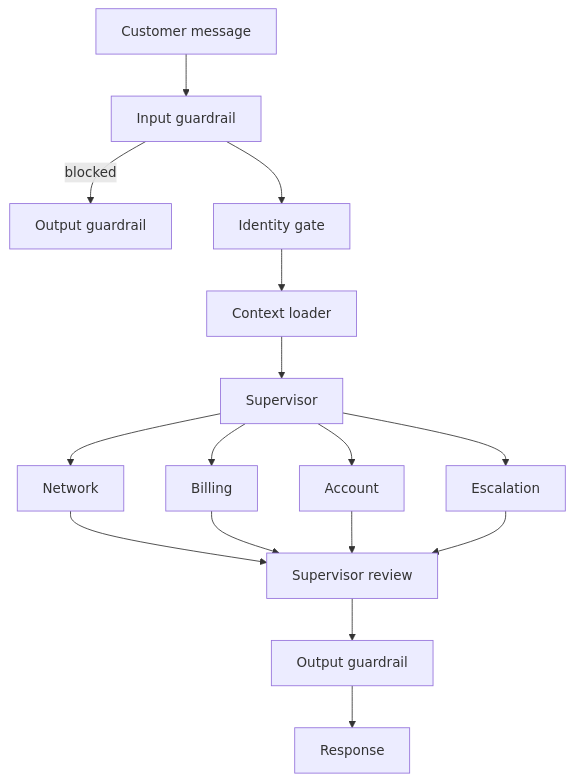
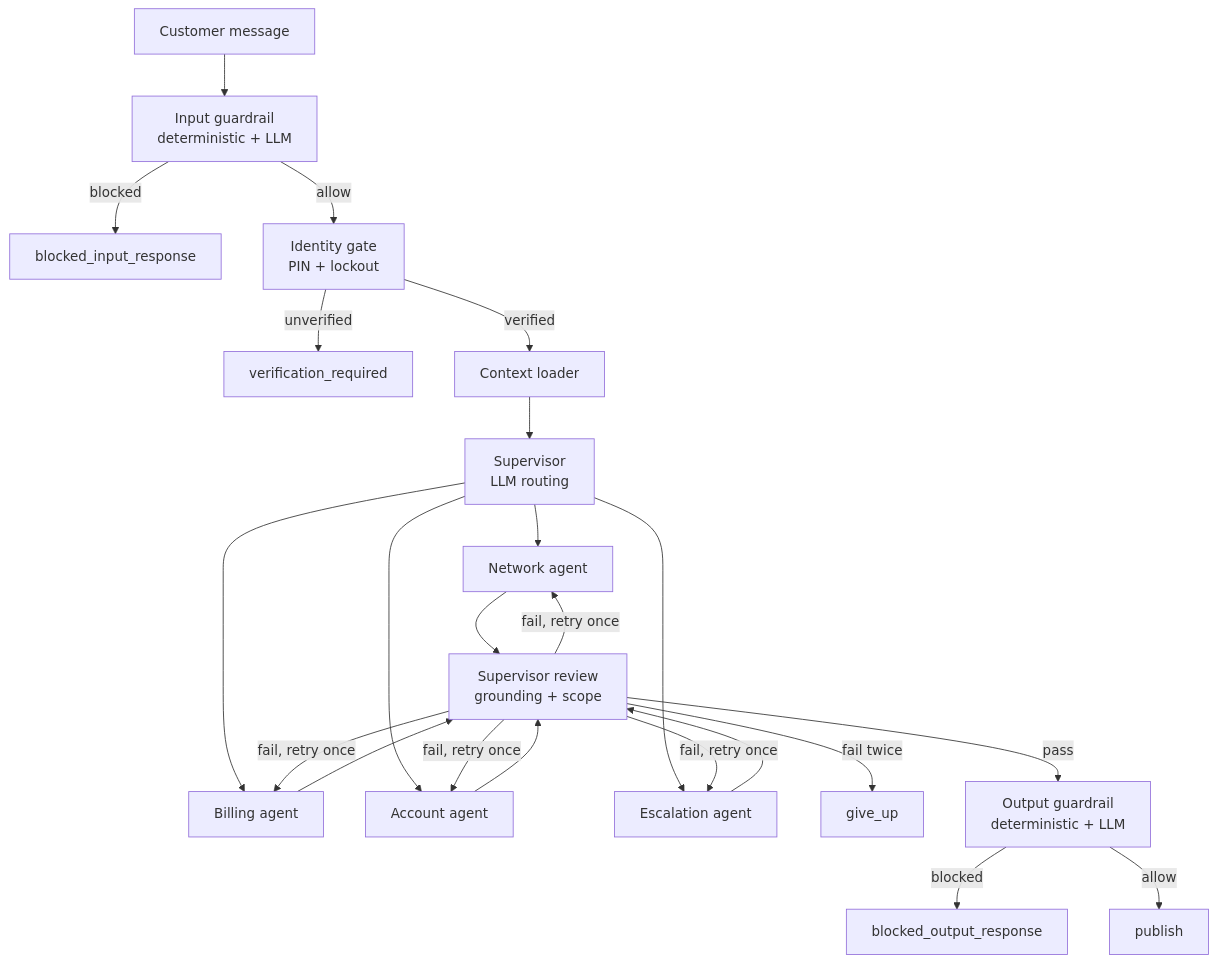
Before and after one commit to zarreh/secure_service_agent: the diagram in docs/architecture/overview.md, drawn with Mermaid. The commit also changed other lines of this file and 9 other files, not shown here.

````diff
--- a/docs/architecture/overview.md
+++ b/docs/architecture/overview.md
@@ -9,12 +9,16 @@
 ```mermaid
 graph TD
-  U[Customer message] --> G[Input guardrail]
-  G -->|blocked| OG2[Output guardrail]
-  G --> ID[Identity gate]
-  ID --> CTX[Context loader]
-  CTX --> SUP[Supervisor]
-  SUP --> N[Network] & B[Billing] & AC[Account] & E[Escalation]
-  N & B & AC & E --> SR[Supervisor review]
-  SR --> OG[Output guardrail]
-  OG --> RESP[Response]
+  U[Customer message] --> G[Input guardrail<br/>deterministic + LLM]
+  G -->|blocked| BIR[blocked_input_response]
+  G -->|allow| ID[Identity gate<br/>PIN + lockout]
+  ID -->|unverified| VR[verification_required]
+  ID -->|verified| CTX[Context loader]
+  CTX --> SUP[Supervisor<br/>LLM routing]
+  SUP --> N[Network agent] & B[Billing agent] & AC[Account agent] & E[Escalation agent]
+  N & B & AC & E --> SR[Supervisor review<br/>grounding + scope]
+  SR -->|fail, retry once| N & B & AC & E
+  SR -->|fail twice| GU[give_up]
+  SR -->|pass| OG[Output guardrail<br/>deterministic + LLM]
+  OG -->|blocked| BOR[blocked_output_response]
+  OG -->|allow| PUB[publish]
 ```
````
